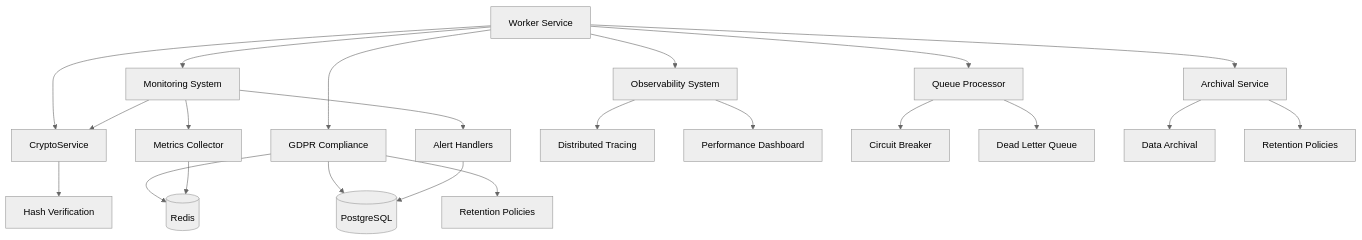
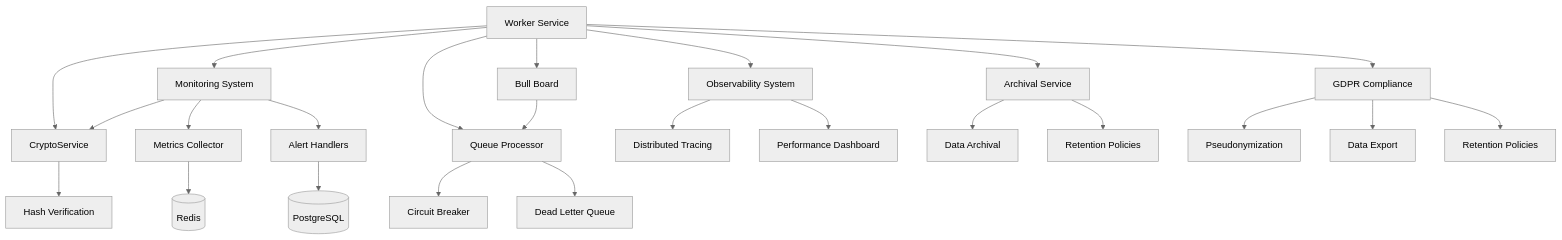
One commit to smedrec/smart-logs changed the first of 14 diagrams in .qoder/repowiki/en/content/Worker Service.md. Above: the diagram before and after it, drawn with Mermaid (neutral theme). The commit also changed other lines of this file and 23 other files, not shown here.

````diff
--- a/.qoder/repowiki/en/content/Worker Service.md
+++ b/.qoder/repowiki/en/content/Worker Service.md
@@ -71,24 +79,26 @@
 ```mermaid
 graph TD
 A[Worker Service] --> B[Monitoring System]
 A --> C[Observability System]
 A --> D[Queue Processor]
 A --> E[CryptoService]
 A --> F[Archival Service]
 A --> G[GDPR Compliance]
+A --> H[Bull Board]
 B --> E
-B --> H[Metrics Collector]
-B --> I[Alert Handlers]
-C --> J[Distributed Tracing]
-C --> K[Performance Dashboard]
-D --> L[Circuit Breaker]
-D --> M[Dead Letter Queue]
-E --> N[Hash Verification]
-F --> O[Data Archival]
-F --> P[Retention Policies]
-G --> Q[Pseudonymization]
-G --> R[Data Export]
-G --> S[Retention Policies]
-H --> Q[(Redis)]
-I --> R[(PostgreSQL)]
+B --> I[Metrics Collector]
+B --> J[Alert Handlers]
+C --> K[Distributed Tracing]
+C --> L[Performance Dashboard]
+D --> M[Circuit Breaker]
+D --> N[Dead Letter Queue]
+E --> O[Hash Verification]
+F --> P[Data Archival]
+F --> Q[Retention Policies]
+G --> R[Pseudonymization]
+G --> S[Data Export]
+G --> T[Retention Policies]
+H --> D
+I --> U[(Redis)]
+J --> V[(PostgreSQL)]
 ```
````
